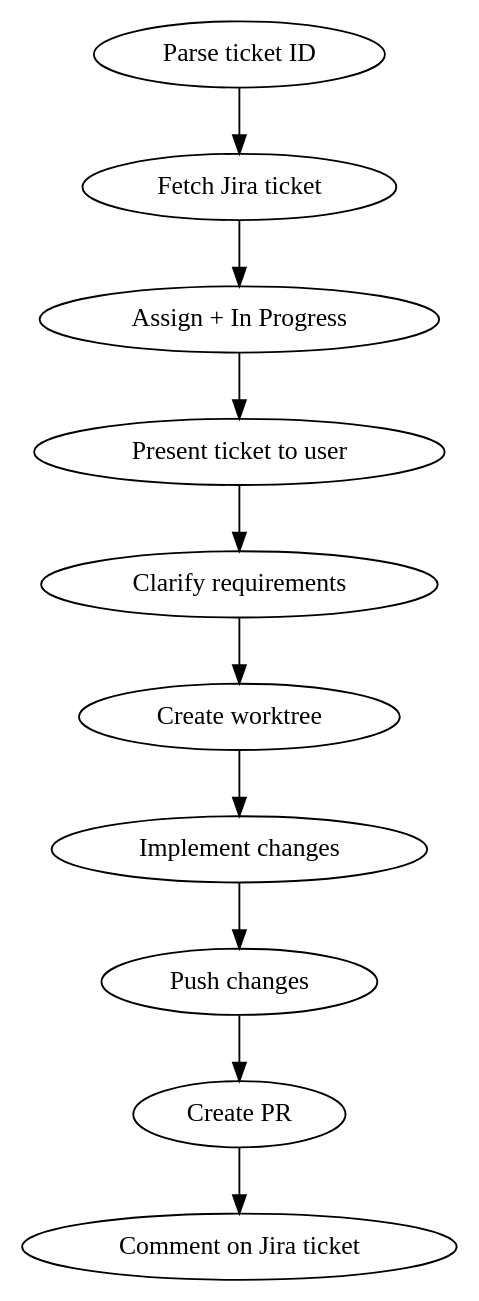
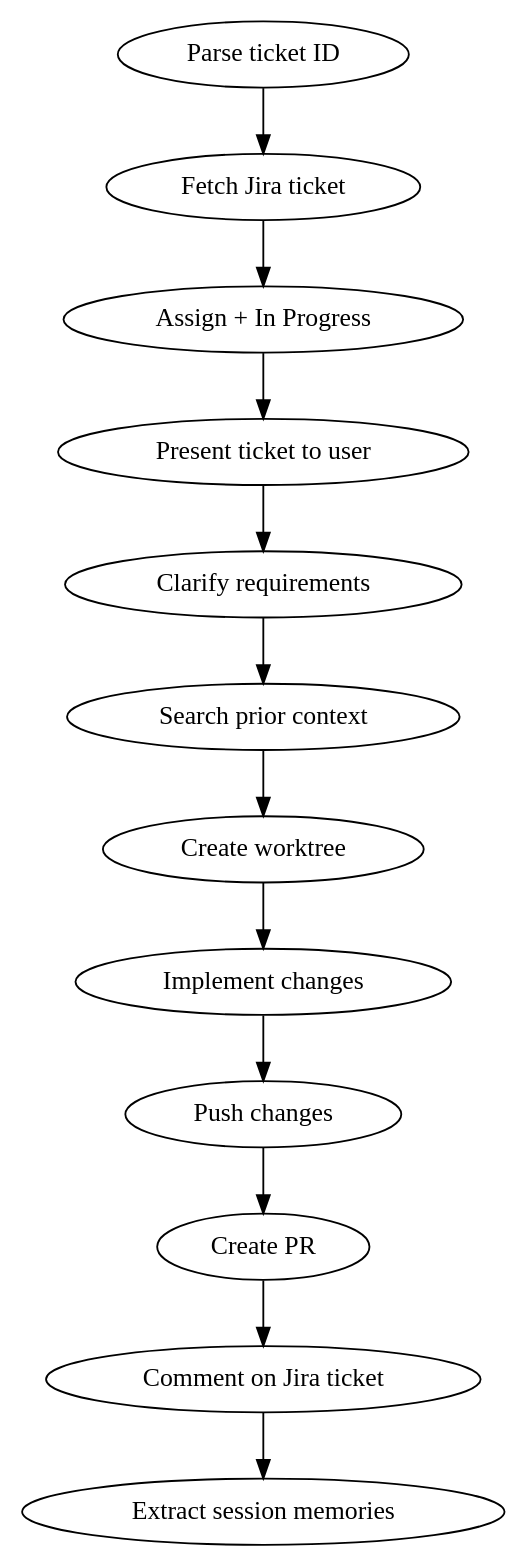
One commit to arioston/dalinar changed the diagram in skills/jira/SKILL.md. Above: the diagram before and after it, drawn with Graphviz. The commit also changed other lines of this file and 6 other files, not shown here.

First line of the commit message:
feat(orchestrator): add skill composition protocol and close architecture gaps

````diff
--- a/skills/jira/SKILL.md
+++ b/skills/jira/SKILL.md
@@ -20,14 +21,16 @@
 ```dot
 digraph jira_flow {
     rankdir=TB;
     "Parse ticket ID" -> "Fetch Jira ticket";
     "Fetch Jira ticket" -> "Assign + In Progress";
     "Assign + In Progress" -> "Present ticket to user";
     "Present ticket to user" -> "Clarify requirements";
-    "Clarify requirements" -> "Create worktree";
+    "Clarify requirements" -> "Search prior context";
+    "Search prior context" -> "Create worktree";
     "Create worktree" -> "Implement changes";
     "Implement changes" -> "Push changes";
     "Push changes" -> "Create PR";
     "Create PR" -> "Comment on Jira ticket";
+    "Comment on Jira ticket" -> "Extract session memories";
 }
 ```
````
